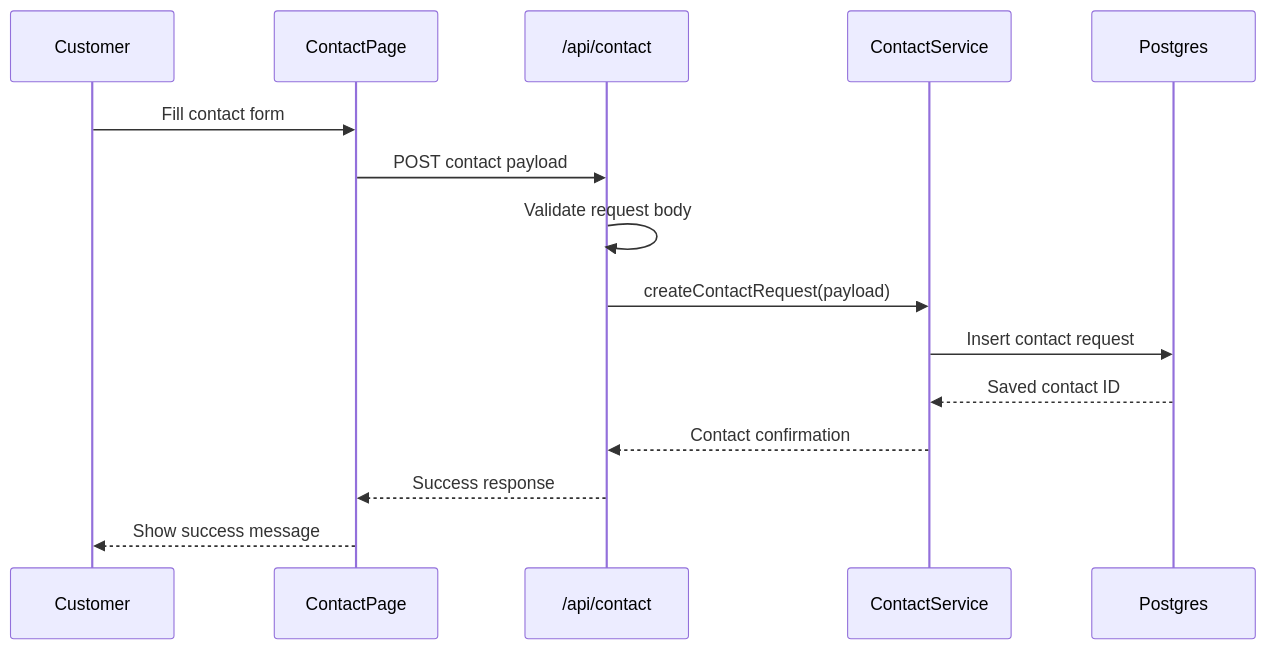
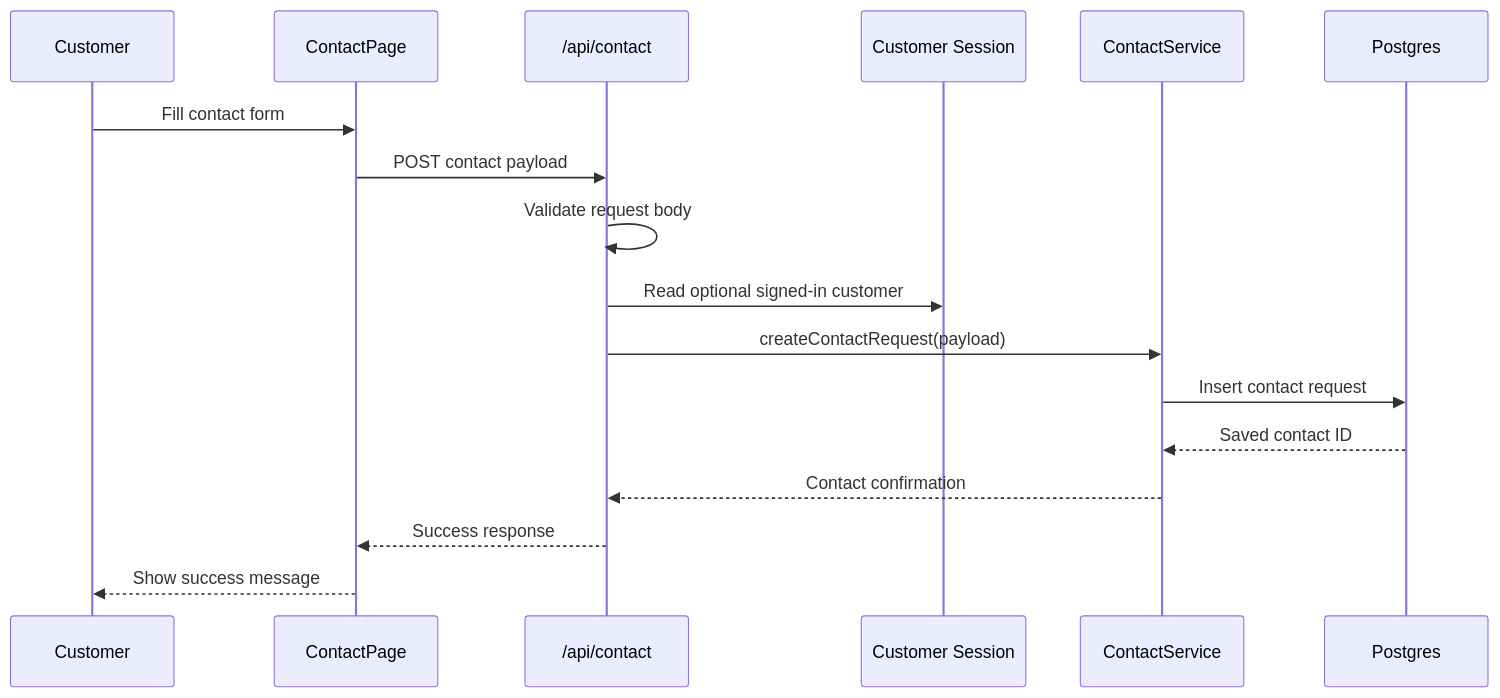
One commit to longvoai2003/bird-nest changed the sixth of 9 diagrams in docs/backend-docker-technical-design.md. Above: the diagram before and after it, drawn with Mermaid. The commit also changed other lines of this file and 24 other files, not shown here.

````diff
--- a/docs/backend-docker-technical-design.md
+++ b/docs/backend-docker-technical-design.md
@@ -346,18 +552,20 @@
 ```mermaid
 sequenceDiagram
     participant Customer
     participant ContactPage
     participant ContactApi as /api/contact
+    participant AuthSession as Customer Session
     participant ContactService
     participant Postgres
 
     Customer->>ContactPage: Fill contact form
     ContactPage->>ContactApi: POST contact payload
     ContactApi->>ContactApi: Validate request body
+    ContactApi->>AuthSession: Read optional signed-in customer
     ContactApi->>ContactService: createContactRequest(payload)
     ContactService->>Postgres: Insert contact request
     Postgres-->>ContactService: Saved contact ID
     ContactService-->>ContactApi: Contact confirmation
     ContactApi-->>ContactPage: Success response
     ContactPage-->>Customer: Show success message
 ```
````
